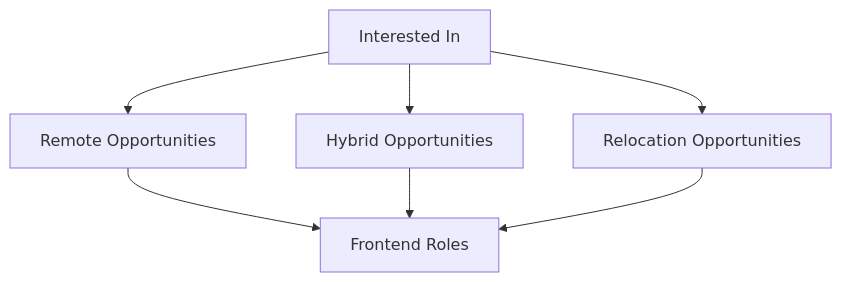
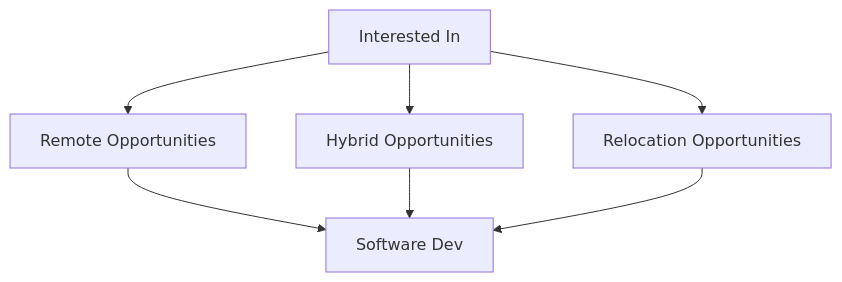
Before and after one commit to Danthesage01/Danthesage01: the diagram in README.md, drawn with Mermaid.

````diff
--- a/README.md
+++ b/README.md
@@ -13,9 +13,9 @@
 ```mermaid
  graph TD;
    A[Interested In]-->B[Remote Opportunities];
    A[Interested In]-->C[Hybrid Opportunities];
    A[Interested In]-->D[Relocation Opportunities];
-   B[Remote Opportunities]-->E[Frontend Roles];
-   C[Hybrid Opportunities]-->E[Frontend Roles];
-   D[Relocation Opportunities]-->E[Frontend Roles];
+   B[Remote Opportunities]-->E[Software Dev];
+   C[Hybrid Opportunities]-->E[Software Dev];
+   D[Relocation Opportunities]-->E[Software Dev];
 ```
````
